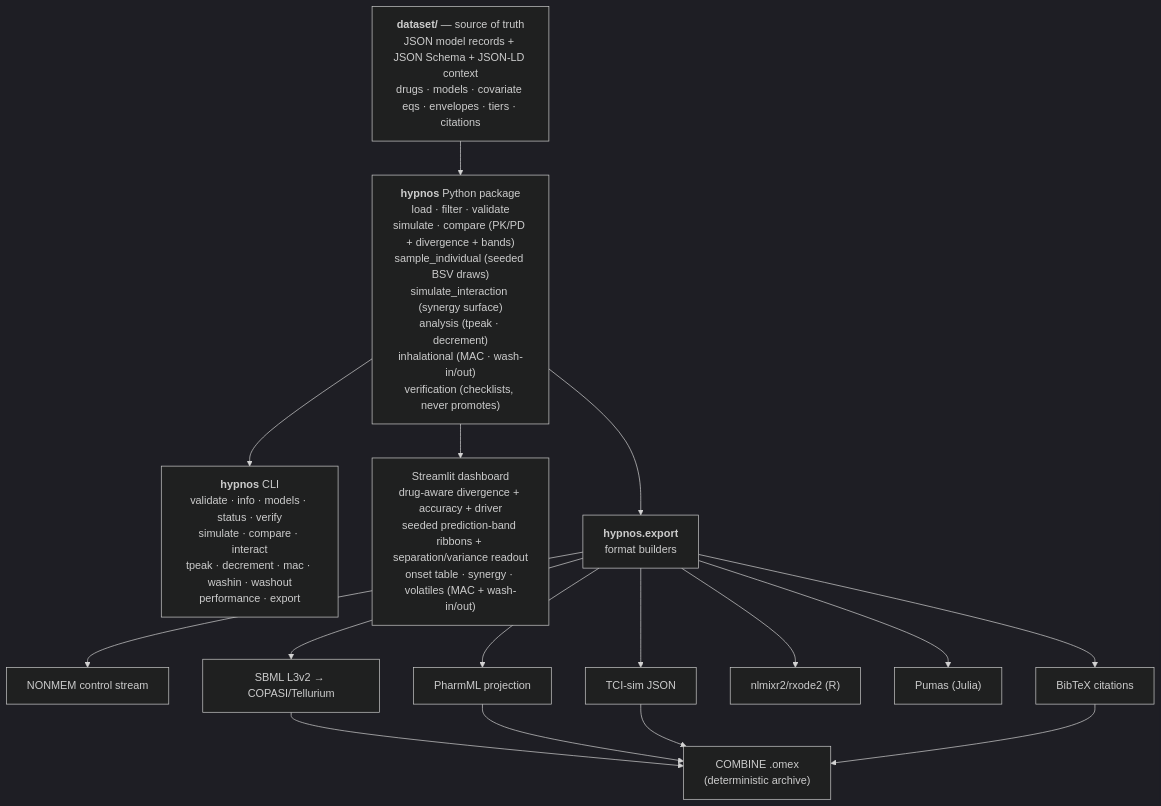
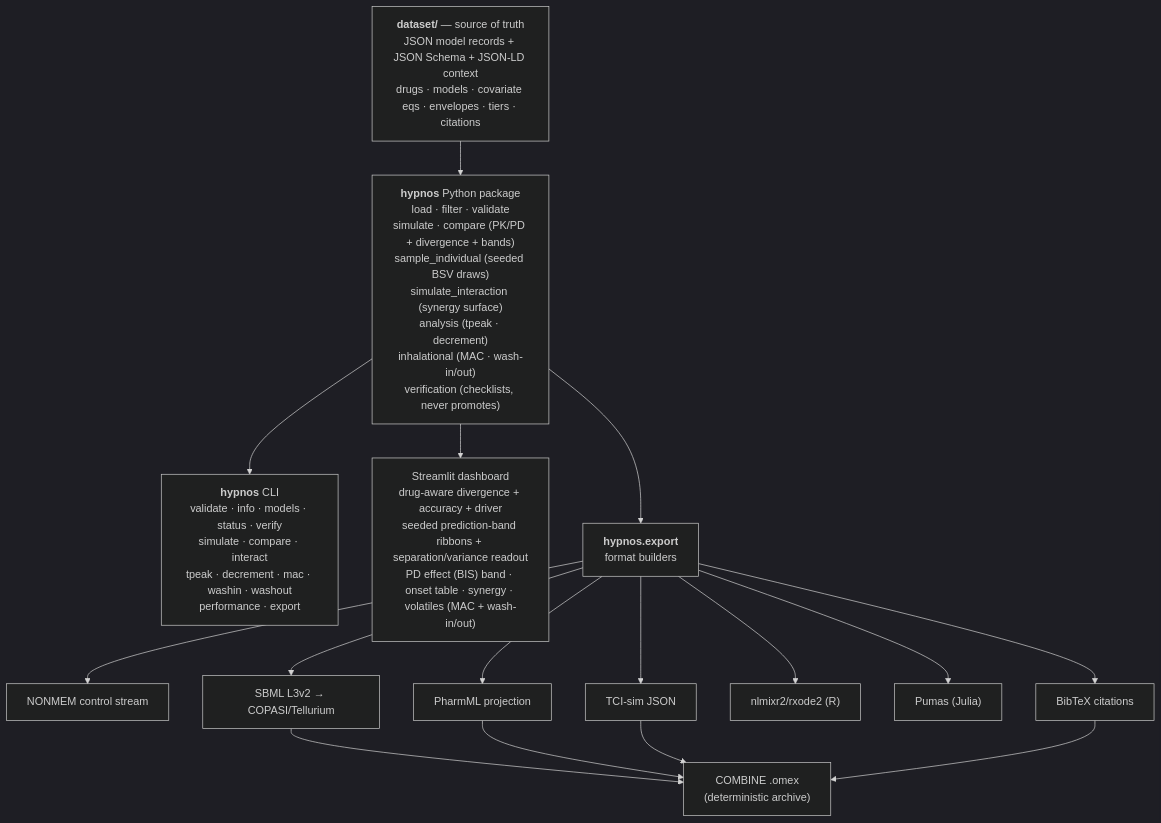
One commit to clay-good/hypnos changed the first of 3 diagrams in README.md. Above: the diagram before and after it, drawn with Mermaid (dark theme). The commit also changed other lines of this file and 3 other files, not shown here.

First line of the commit message:
Dashboard surfaces the PD effect (BIS) prediction band (v0.2 §14)

````diff
--- a/README.md
+++ b/README.md
@@ -266,19 +266,19 @@
 ```mermaid
 flowchart TD
     DS["<b>dataset/</b> — source of truth<br/>JSON model records + JSON Schema + JSON-LD context<br/>drugs · models · covariate eqs · envelopes · tiers · citations"]
     DS --> PKG["<b>hypnos</b> Python package<br/>load · filter · validate<br/>simulate · compare (PK/PD + divergence + bands)<br/>sample_individual (seeded BSV draws)<br/>simulate_interaction (synergy surface)<br/>analysis (tpeak · decrement)<br/>inhalational (MAC · wash-in/out)<br/>verification (checklists, never promotes)"]
     PKG --> CLI["<b>hypnos</b> CLI<br/>validate · info · models · status · verify<br/>simulate · compare · interact<br/>tpeak · decrement · mac · washin · washout<br/>performance · export"]
-    PKG --> DASH["Streamlit dashboard<br/>drug-aware divergence + accuracy + driver<br/>seeded prediction-band ribbons + separation/variance readout<br/>onset table · synergy · volatiles (MAC + wash-in/out)"]
+    PKG --> DASH["Streamlit dashboard<br/>drug-aware divergence + accuracy + driver<br/>seeded prediction-band ribbons + separation/variance readout<br/>PD effect (BIS) band · onset table · synergy · volatiles (MAC + wash-in/out)"]
     PKG --> EXP["<b>hypnos.export</b><br/>format builders"]
     EXP --> NM["NONMEM control stream"]
     EXP --> PHARMML["PharmML projection"]
     EXP --> SBML["SBML L3v2 → COPASI/Tellurium"]
     EXP --> TCIJSON["TCI-sim JSON"]
     EXP --> RX["nlmixr2/rxode2 (R)"]
     EXP --> PUMAS["Pumas (Julia)"]
     EXP --> BIB["BibTeX citations"]
     SBML --> OMEX["COMBINE .omex<br/>(deterministic archive)"]
     PHARMML --> OMEX
     TCIJSON --> OMEX
     BIB --> OMEX
 ```
````
